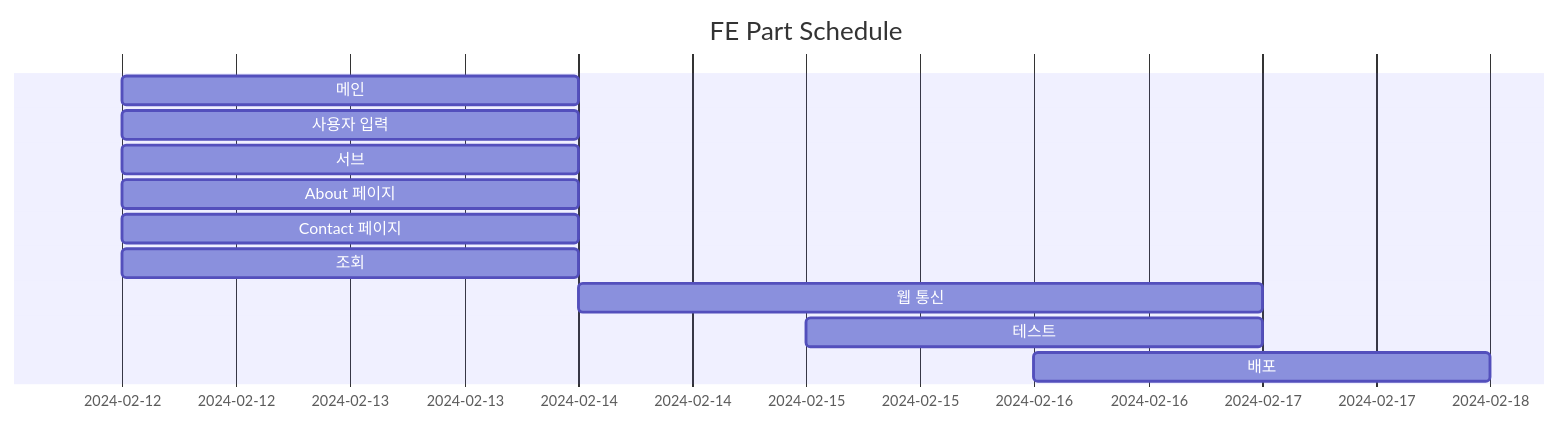
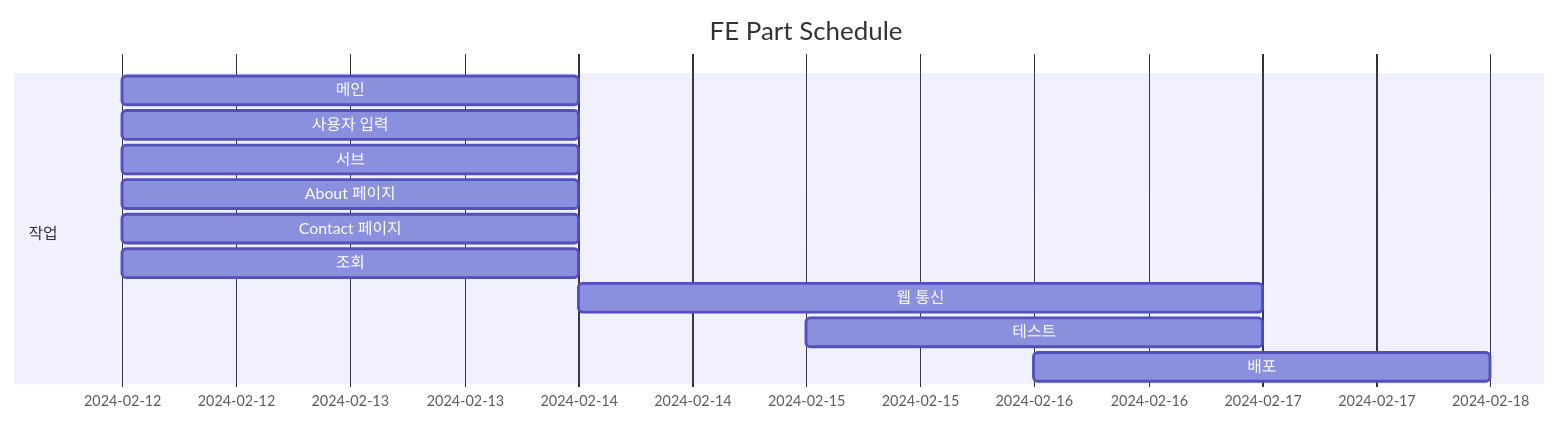
One commit to TheRealParkJoohyung/product-pricing changed the second of 2 diagrams in README.md. Above: the diagram before and after it, drawn with Mermaid.

````diff
--- a/README.md
+++ b/README.md
@@ -61,14 +61,16 @@
 ```mermaid
 gantt
     title FE Part Schedule
     dateFormat YYYY-MM-DD
-    메인 :2024-02-12, 2d
-    사용자 입력 :2024-02-12, 2d
-    서브 :2024-02-12, 2d
-    About 페이지 :2024-02-12, 2d
-    Contact 페이지 :2024-02-12, 2d
-    조회 :2024-02-12, 2d
-    웹 통신 :2024-02-14, 3d
-    테스트 :2024-02-15, 2d
-    배포 :2024-02-16, 2d
+    section 작업
+        메인 :2024-02-12, 2d
+        사용자 입력 :2024-02-12, 2d
+        서브 :2024-02-12, 2d
+        About 페이지 :2024-02-12, 2d
+        Contact 페이지 :2024-02-12, 2d
+        조회 :2024-02-12, 2d
+        웹 통신 :2024-02-14, 3d
+        테스트 :2024-02-15, 2d
+        배포 :2024-02-16, 2d
+
 ```
````
